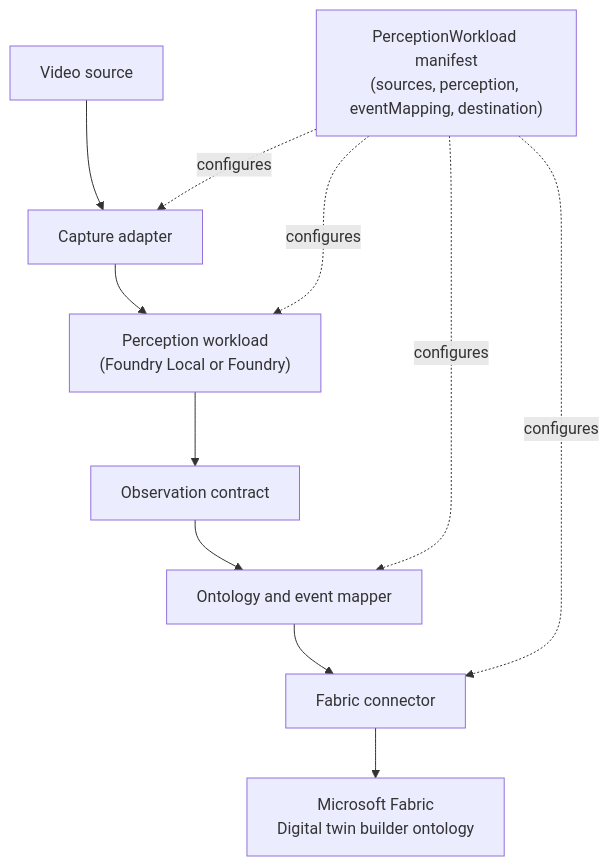
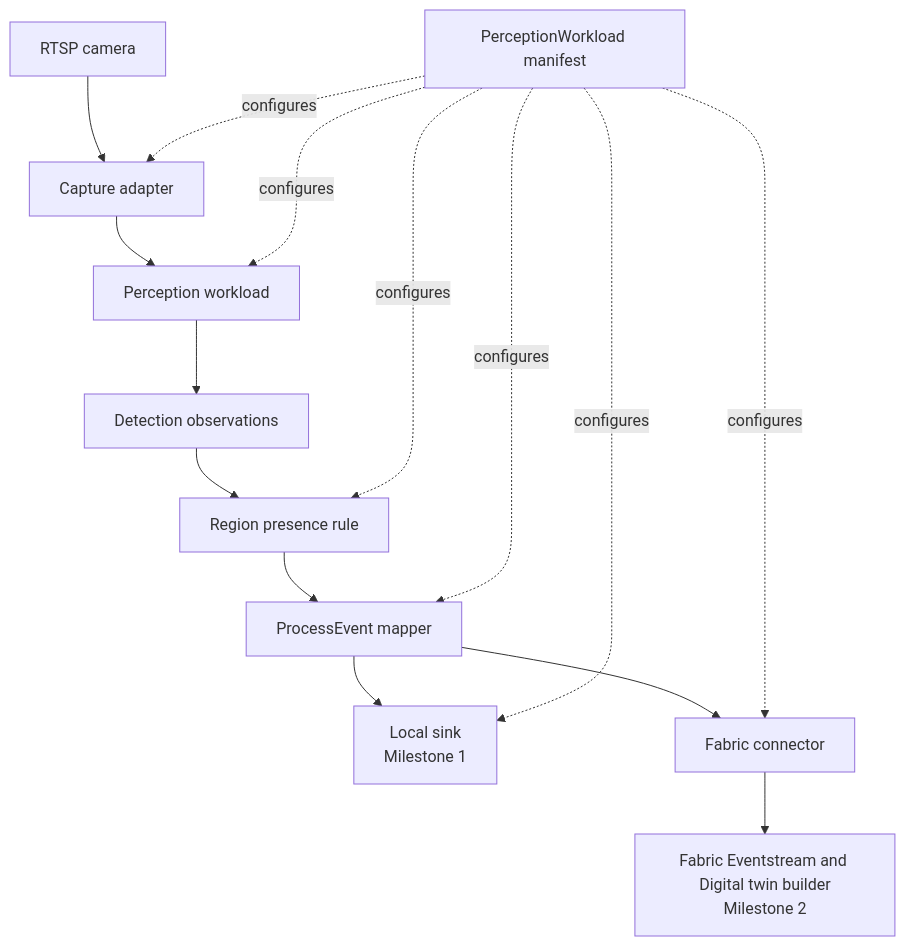
Before and after one commit to bnurzhanov/tiger-poc: the first of 2 diagrams in docs/mvp-design.md, drawn with Mermaid. The commit also changed other lines of this file and 1 other file, not shown here.

````diff
--- a/docs/mvp-design.md
+++ b/docs/mvp-design.md
@@ -78,14 +99,18 @@
 ```mermaid
 flowchart TD
-    A[Video source] --> B[Capture adapter]
-    B --> C["Perception workload<br/>(Foundry Local or Foundry)"]
-    C --> D[Observation contract]
-    D --> E[Ontology and event mapper]
+    A[RTSP camera] --> B[Capture adapter]
+    B --> C[Perception workload]
+    C --> D[Detection observations]
+    D --> R[Region presence rule]
+    R --> E[ProcessEvent mapper]
+    E --> L["Local sink<br/>Milestone 1"]
     E --> F[Fabric connector]
-    F --> G["Microsoft Fabric<br/>Digital twin builder ontology"]
+    F --> G["Fabric Eventstream and Digital twin builder<br/>Milestone 2"]
 
-    M["PerceptionWorkload manifest<br/>(sources, perception, eventMapping, destination)"] -.configures.-> B
+    M[PerceptionWorkload manifest] -.configures.-> B
     M -.configures.-> C
+    M -.configures.-> R
     M -.configures.-> E
+    M -.configures.-> L
     M -.configures.-> F
 ```
````
